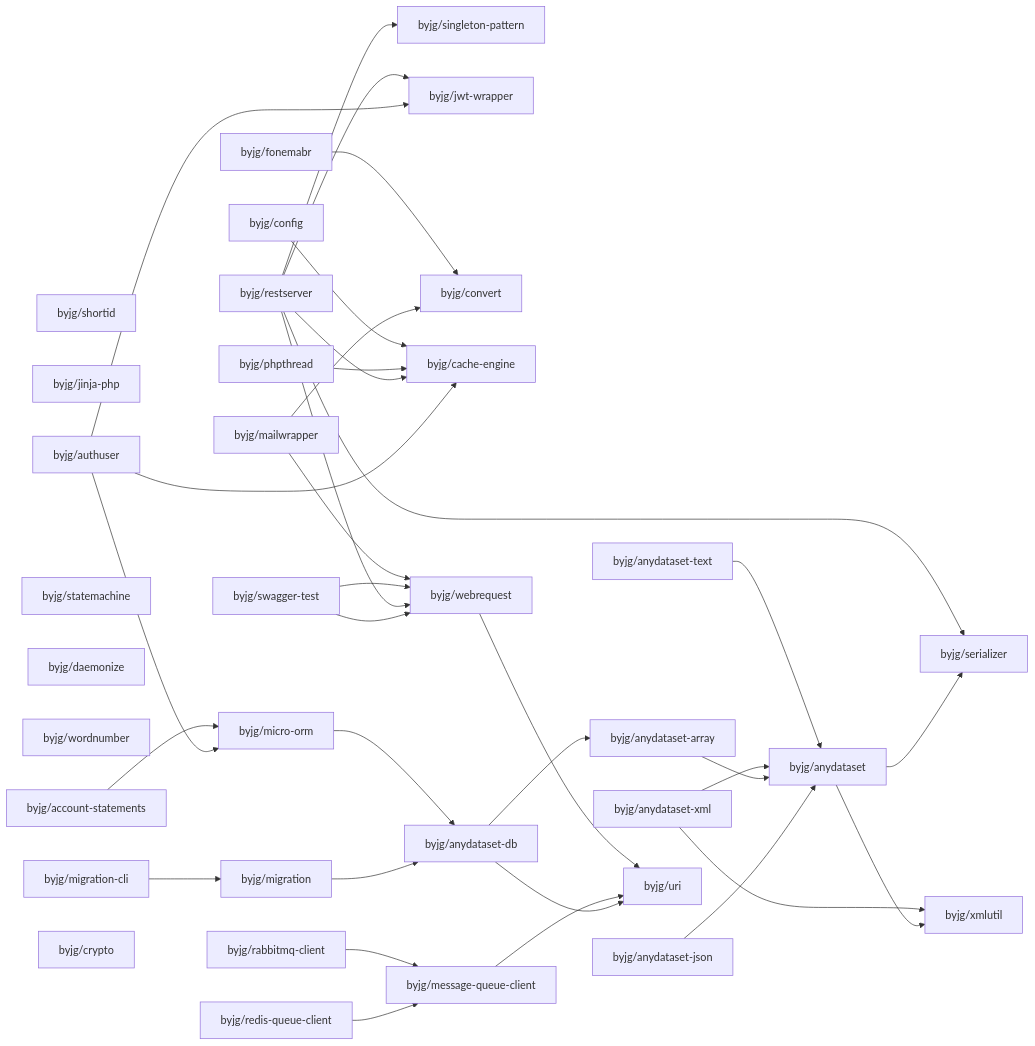
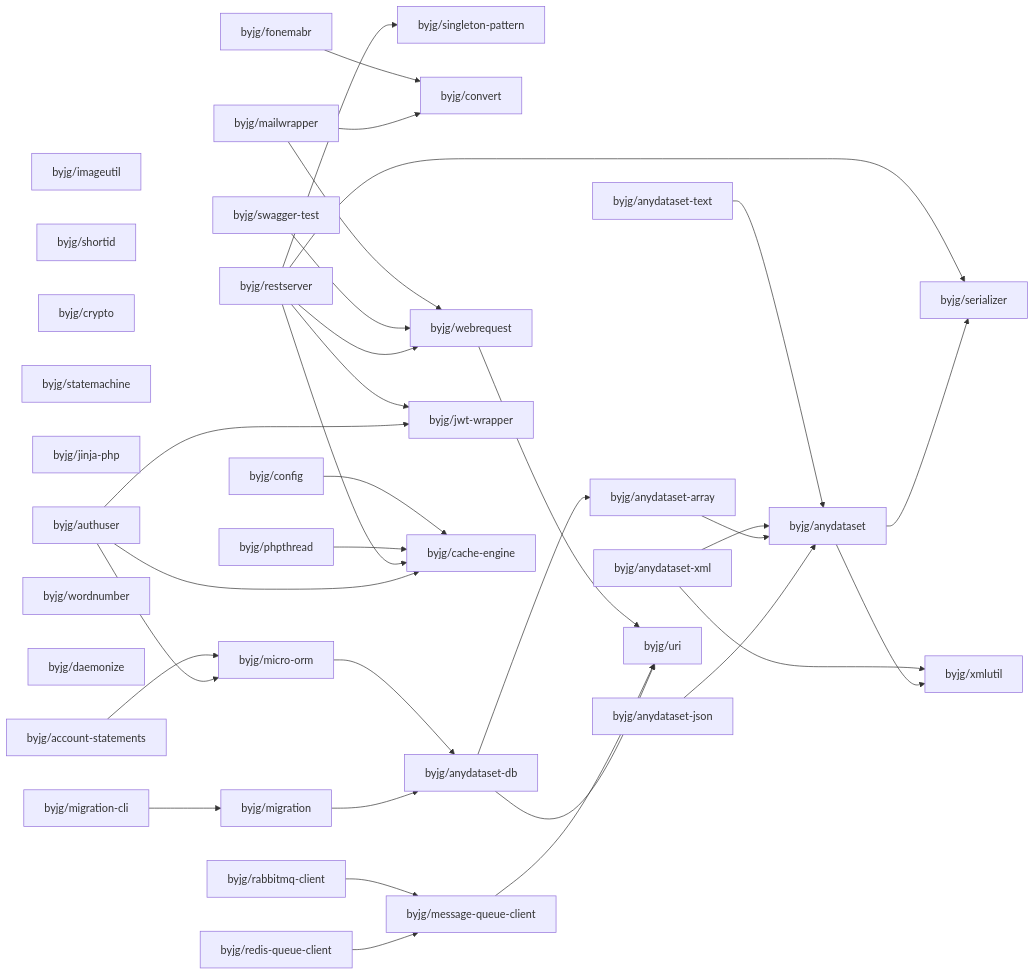
The diagram in php/README.md (byjg/byjg.github.io), drawn with Mermaid before and after one commit. The commit also changed 2 other files, not shown here.

Commit message:
Update documentation 'php' 'php-imageutil'

````diff
--- a/php/README.md
+++ b/php/README.md
@@ -3,69 +3,69 @@
 ```mermaid
 graph LR;
+  byjg/imageutil;
   byjg/shortid;
+  byjg/swagger-test;
+  byjg/redis-queue-client;
+  byjg/crypto;
+  byjg/statemachine;
+  byjg/jinja-php;
+  byjg/migration-cli;
+  byjg/restserver;
+  byjg/fonemabr;
+  byjg/config;
+  byjg/mailwrapper;
+  byjg/wordnumber;
+  byjg/anydataset-xml;
+  byjg/anydataset-text;
+  byjg/rabbitmq-client;
+  byjg/daemonize;
+  byjg/authuser;
+  byjg/phpthread;
   byjg/anydataset-json;
-  byjg/jinja-php;
-  byjg/redis-queue-client;
-  byjg/phpthread;
-  byjg/anydataset-xml;
-  byjg/fonemabr;
-  byjg/authuser;
-  byjg/restserver;
-  byjg/statemachine;
-  byjg/daemonize;
-  byjg/mailwrapper;
-  byjg/config;
-  byjg/anydataset-text;
-  byjg/wordnumber;
-  byjg/migration-cli;
   byjg/account-statements;
-  byjg/rabbitmq-client;
-  byjg/swagger-test;
-  byjg/crypto;
+  byjg/migration;
   byjg/singleton-pattern;
+  byjg/convert;
+  byjg/webrequest;
+  byjg/message-queue-client;
   byjg/jwt-wrapper;
-  byjg/convert;
   byjg/cache-engine;
-  byjg/migration;
   byjg/micro-orm;
-  byjg/message-queue-client;
-  byjg/webrequest;
   byjg/anydataset-db;
   byjg/anydataset-array;
   byjg/uri;
   byjg/anydataset;
   byjg/serializer;
   byjg/xmlutil;
   byjg/fonemabr --> byjg/convert;
   byjg/config --> byjg/cache-engine;
   byjg/anydataset-text --> byjg/anydataset;
   byjg/webrequest --> byjg/uri;
   byjg/account-statements --> byjg/micro-orm;
   byjg/rabbitmq-client --> byjg/message-queue-client;
   byjg/micro-orm --> byjg/anydataset-db;
   byjg/phpthread --> byjg/cache-engine;
   byjg/anydataset-xml --> byjg/anydataset;
   byjg/anydataset-xml --> byjg/xmlutil;
   byjg/anydataset-array --> byjg/anydataset;
   byjg/mailwrapper --> byjg/convert;
   byjg/mailwrapper --> byjg/webrequest;
   byjg/message-queue-client --> byjg/uri;
   byjg/anydataset-db --> byjg/anydataset-array;
   byjg/anydataset-db --> byjg/uri;
   byjg/anydataset-json --> byjg/anydataset;
   byjg/migration --> byjg/anydataset-db;
   byjg/swagger-test --> byjg/webrequest;
   byjg/redis-queue-client --> byjg/message-queue-client;
   byjg/restserver --> byjg/serializer;
   byjg/restserver --> byjg/singleton-pattern;
   byjg/restserver --> byjg/cache-engine;
   byjg/restserver --> byjg/webrequest;
   byjg/restserver --> byjg/jwt-wrapper;
   byjg/authuser --> byjg/micro-orm;
   byjg/authuser --> byjg/cache-engine;
   byjg/authuser --> byjg/jwt-wrapper;
-  byjg/swagger-test --> byjg/webrequest;
   byjg/migration-cli --> byjg/migration;
   byjg/anydataset --> byjg/serializer;
   byjg/anydataset --> byjg/xmlutil;
 ```
````
